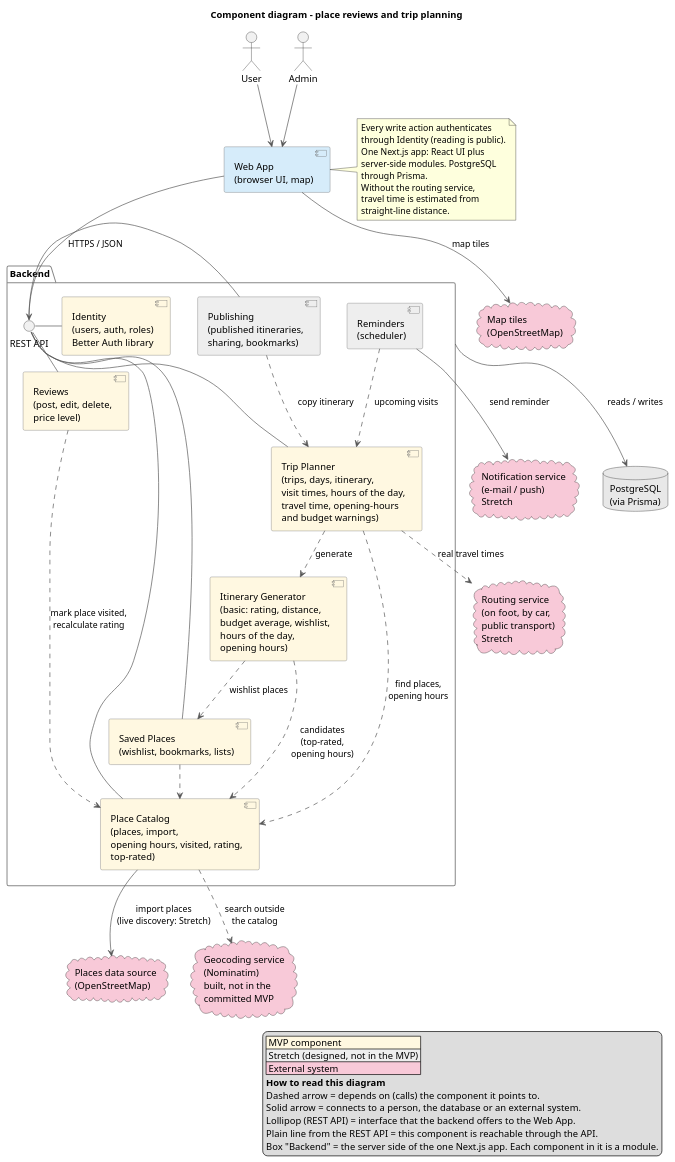
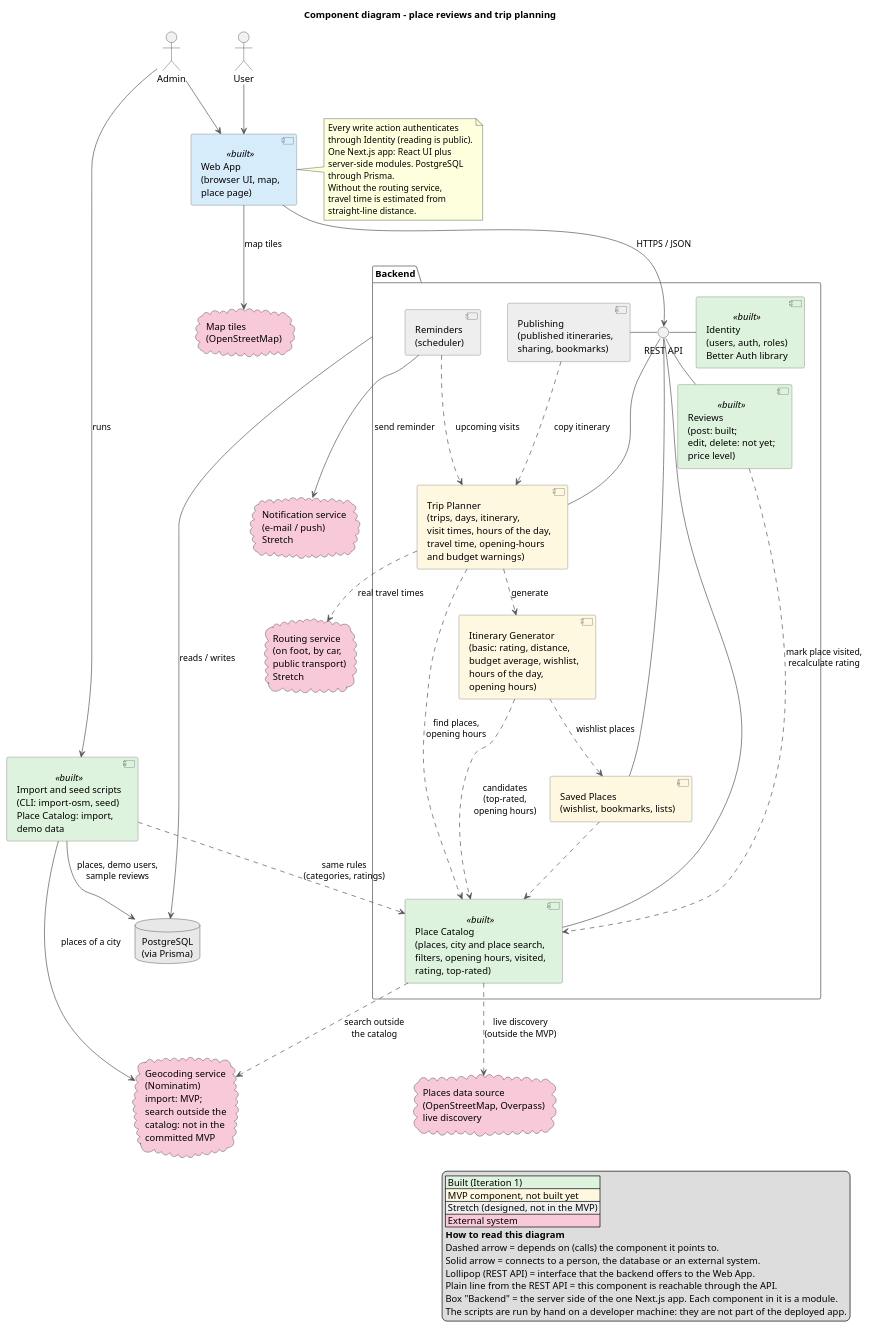
The diagram in docs/design/component-diagram.puml (MESW-LES-2627/les-project-group-7), drawn with PlantUML before and after one commit. The commit also changed 9 other files, not shown here.

First line of the commit message:
Domain model and component diagram brought up to date, and the change scenario of editing and deleting a review (DOO, end of Iteration 1)

```diff
--- a/docs/design/component-diagram.puml
+++ b/docs/design/component-diagram.puml
@@ -1,92 +1,101 @@
 @startuml component-diagram
 title Component diagram – place reviews and trip planning
 skinparam shadowing false
 skinparam componentStyle uml2
 skinparam nodesep 40
 skinparam ranksep 50
 skinparam ArrowColor #555555
 skinparam component {
   BackgroundColor #FFF8E1
   BorderColor #666666
+  BackgroundColor<<built>> #DDF3DD
 }
 skinparam package {
   BorderColor #888888
 }
 
 legend right
-  |<#FFF8E1> MVP component |
+  |<#DDF3DD> Built (Iteration 1) |
+  |<#FFF8E1> MVP component, not built yet |
   |<#EEEEEE> Stretch (designed, not in the MVP) |
   |<#F8C9D8> External system |
   **How to read this diagram**
   Dashed arrow = depends on (calls) the component it points to.
   Solid arrow = connects to a person, the database or an external system.
   Lollipop (REST API) = interface that the backend offers to the Web App.
   Plain line from the REST API = this component is reachable through the API.
   Box "Backend" = the server side of the one Next.js app. Each component in it is a module.
+  The scripts are run by hand on a developer machine: they are not part of the deployed app.
 endlegend
 
 actor "User" as user
 actor "Admin" as admin
 
-component "Web App\n(browser UI, map)" as web #D6ECFA
+component "Web App\n(browser UI, map,\nplace page)" as web <<built>> #D6ECFA
 
 package "Backend" as backend {
   interface "REST API" as api
 
-  component "Identity\n(users, auth, roles)\nBetter Auth library" as identity
-  component "Place Catalog\n(places, import,\nopening hours, visited, rating,\ntop-rated)" as catalog
-  component "Reviews\n(post, edit, delete,\nprice level)" as reviews
+  component "Identity\n(users, auth, roles)\nBetter Auth library" as identity <<built>>
+  component "Place Catalog\n(places, city and place search,\nfilters, opening hours, visited,\nrating, top-rated)" as catalog <<built>>
+  component "Reviews\n(post: built;\nedit, delete: not yet;\nprice level)" as reviews <<built>>
   component "Saved Places\n(wishlist, bookmarks, lists)" as saved
   component "Trip Planner\n(trips, days, itinerary,\nvisit times, hours of the day,\ntravel time, opening-hours\nand budget warnings)" as planner
   component "Itinerary Generator\n(basic: rating, distance,\nbudget average, wishlist,\nhours of the day,\nopening hours)" as generator
   component "Publishing\n(published itineraries,\nsharing, bookmarks)" as publishing #EEEEEE
   component "Reminders\n(scheduler)" as reminders #EEEEEE
 }
 
+component "Import and seed scripts\n(CLI: import-osm, seed)\nPlace Catalog: import,\ndemo data" as scripts <<built>>
+
 database "PostgreSQL\n(via Prisma)" as db #E8E8E8
 
-cloud "Places data source\n(OpenStreetMap)" as places #F8C9D8
+cloud "Places data source\n(OpenStreetMap, Overpass)\nlive discovery" as places #F8C9D8
 cloud "Map tiles\n(OpenStreetMap)" as tiles #F8C9D8
 cloud "Routing service\n(on foot, by car,\npublic transport)\nStretch" as routing #F8C9D8
-cloud "Geocoding service\n(Nominatim)\nbuilt, not in the\ncommitted MVP" as geocoding #F8C9D8
+cloud "Geocoding service\n(Nominatim)\nimport: MVP;\nsearch outside the\ncatalog: not in the\ncommitted MVP" as geocoding #F8C9D8
 cloud "Notification service\n(e-mail / push)\nStretch" as notif #F8C9D8
 
 user --> web
 admin --> web
+admin --> scripts : runs
 web --> api : HTTPS / JSON
 web --> tiles : map tiles
 api - identity
 api - catalog
 api - reviews
 api - saved
 api - planner
 api - publishing
 
 reviews ..> catalog : mark place visited,\nrecalculate rating
 saved ..> catalog
 planner ..> catalog : find places,\nopening hours
 planner ..> generator : generate
 generator ..> catalog : candidates\n(top-rated,\nopening hours)
 generator ..> saved : wishlist places
 publishing ..> planner : copy itinerary
 reminders ..> planner : upcoming visits
 
-catalog --> places : import places\n(live discovery: Stretch)
+scripts --> geocoding : places of a city
+scripts --> db : places, demo users,\nsample reviews
+scripts ..> catalog : same rules\n(categories, ratings)
+catalog ..> places : live discovery\n(outside the MVP)
 catalog ..> geocoding : search outside\nthe catalog
 planner ..> routing : real travel times
 reminders --> notif : send reminder
 
 
 backend --> db : reads / writes
 
 note right of web
   Every write action authenticates
   through Identity (reading is public).
   One Next.js app: React UI plus
   server-side modules. PostgreSQL
   through Prisma.
   Without the routing service,
   travel time is estimated from
   straight-line distance.
 end note
 @enduml
```
